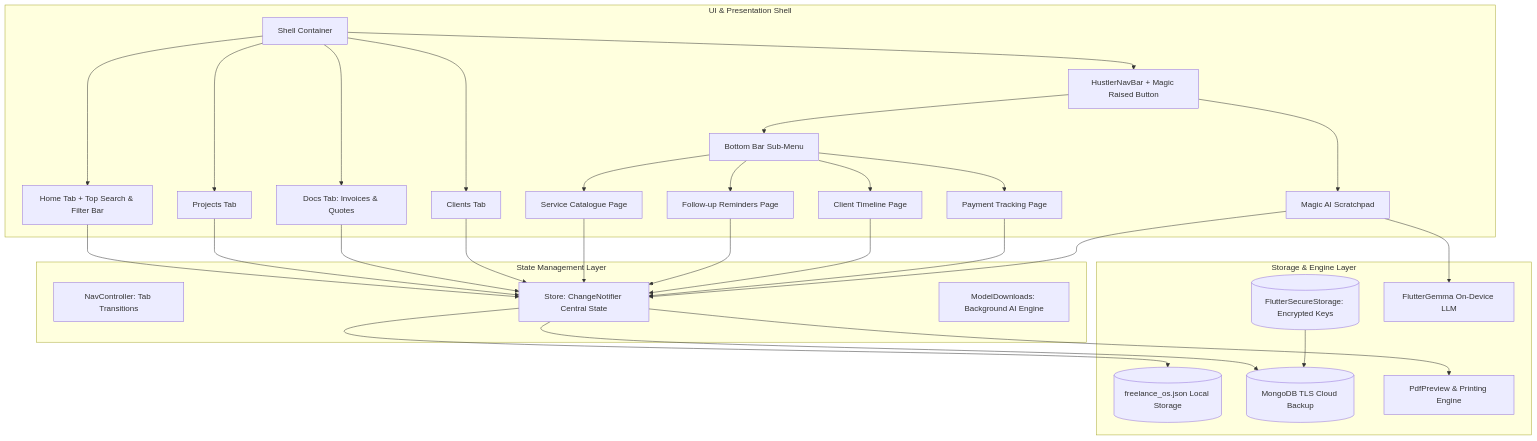
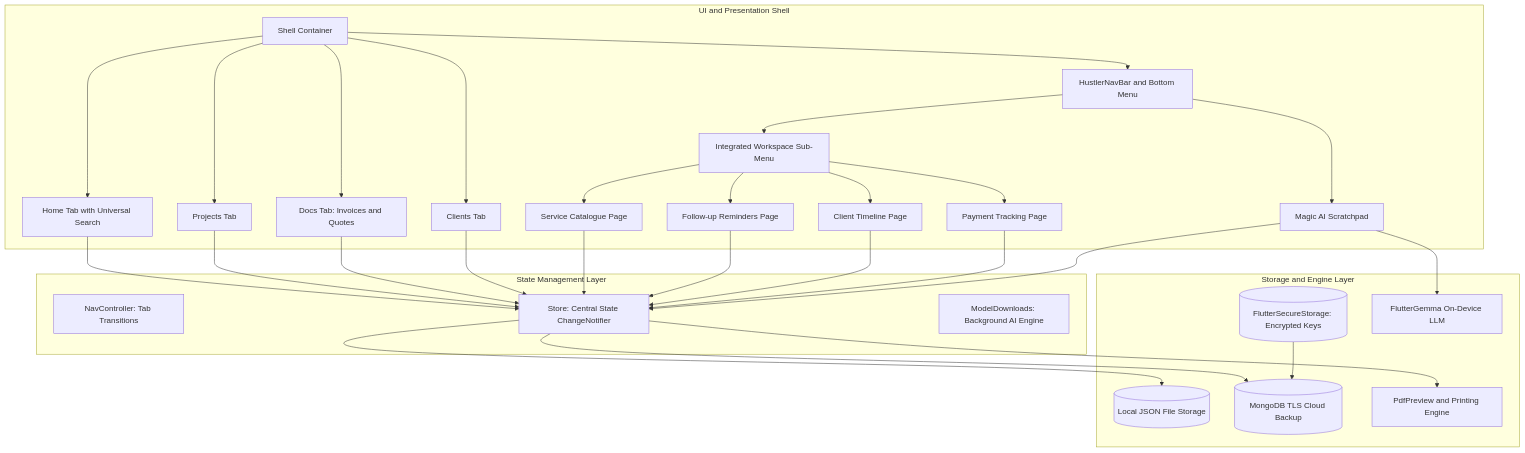
Before and after one commit to Akshit2004/Freelance-management: the first of 4 diagrams in README.md, drawn with Mermaid. The commit also changed other lines of this file and 10 other files, not shown here.

````diff
--- a/README.md
+++ b/README.md
@@ -60,59 +60,59 @@
 ```mermaid
 graph TD
-    subgraph UI_Shell [UI & Presentation Shell]
-        Shell[Shell Container]
-        NavBar[HustlerNavBar + Magic Raised Button]
-        SubMenu[Bottom Bar Sub-Menu]
-        Home[Home Tab + Top Search & Filter Bar]
-        Projects[Projects Tab]
-        Docs[Docs Tab: Invoices & Quotes]
-        Clients[Clients Tab]
-        Magic[Magic AI Scratchpad]
-        Services[Service Catalogue Page]
-        FollowUps[Follow-up Reminders Page]
-        Timeline[Client Timeline Page]
-        Payments[Payment Tracking Page]
+    subgraph UI_Shell["UI and Presentation Shell"]
+        Shell["Shell Container"]
+        NavBar["HustlerNavBar and Bottom Menu"]
+        SubMenu["Integrated Workspace Sub-Menu"]
+        Home["Home Tab with Universal Search"]
+        Projects["Projects Tab"]
+        Docs["Docs Tab: Invoices and Quotes"]
+        Clients["Clients Tab"]
+        Magic["Magic AI Scratchpad"]
+        Services["Service Catalogue Page"]
+        FollowUps["Follow-up Reminders Page"]
+        Timeline["Client Timeline Page"]
+        Payments["Payment Tracking Page"]
     end
 
-    subgraph State_Management [State Management Layer]
-        NavController[NavController: Tab Transitions]
-        Store[Store: ChangeNotifier Central State]
-        ModelDownloads[ModelDownloads: Background AI Engine]
+    subgraph State_Management["State Management Layer"]
+        NavController["NavController: Tab Transitions"]
+        Store["Store: Central State ChangeNotifier"]
+        ModelDownloads["ModelDownloads: Background AI Engine"]
     end
 
-    subgraph Storage_Data [Storage & Engine Layer]
-        LocalFile[(freelance_os.json Local Storage)]
-        SecureStorage[(FlutterSecureStorage: Encrypted Keys)]
-        RemoteMongo[(MongoDB TLS Cloud Backup)]
-        PdfEngine[PdfPreview & Printing Engine]
-        GemmaEngine[FlutterGemma On-Device LLM]
+    subgraph Storage_Data["Storage and Engine Layer"]
+        LocalFile[("Local JSON File Storage")]
+        SecureStorage[("FlutterSecureStorage: Encrypted Keys")]
+        RemoteMongo[("MongoDB TLS Cloud Backup")]
+        PdfEngine["PdfPreview and Printing Engine"]
+        GemmaEngine["FlutterGemma On-Device LLM"]
     end
 
     Shell --> NavBar
     NavBar --> SubMenu
     Shell --> Home
     Shell --> Projects
     Shell --> Docs
     Shell --> Clients
     NavBar --> Magic
     SubMenu --> Services
     SubMenu --> FollowUps
     SubMenu --> Timeline
     SubMenu --> Payments
 
     Home --> Store
     Projects --> Store
     Docs --> Store
     Clients --> Store
     Services --> Store
     FollowUps --> Store
     Timeline --> Store
     Payments --> Store
     Magic --> Store
     Magic --> GemmaEngine
 
     Store --> LocalFile
     Store --> RemoteMongo
     Store --> PdfEngine
     SecureStorage --> RemoteMongo
 ```
````
